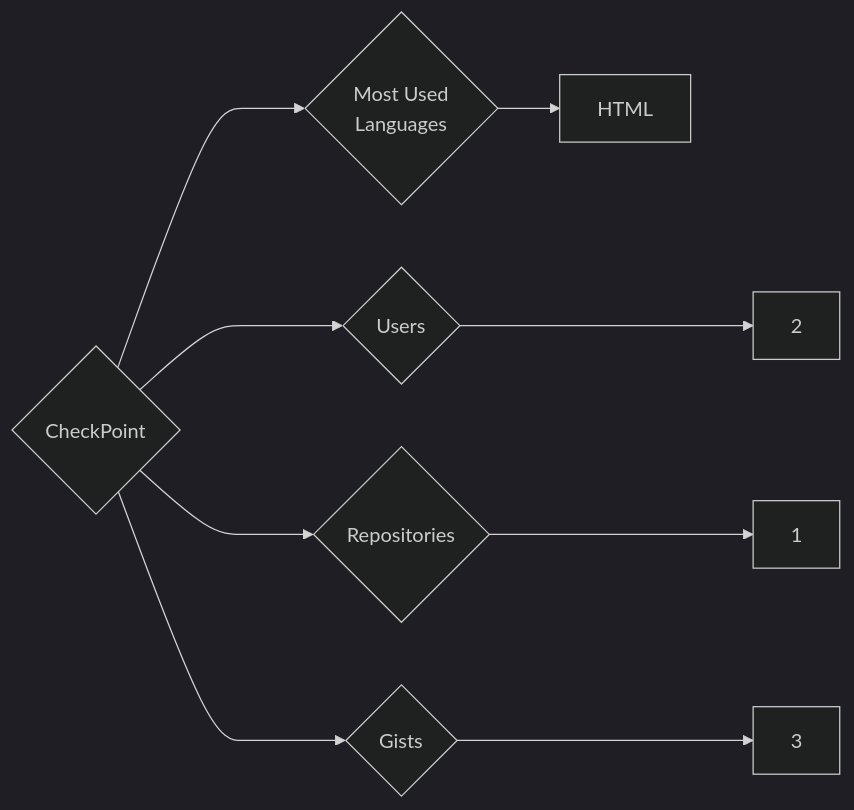
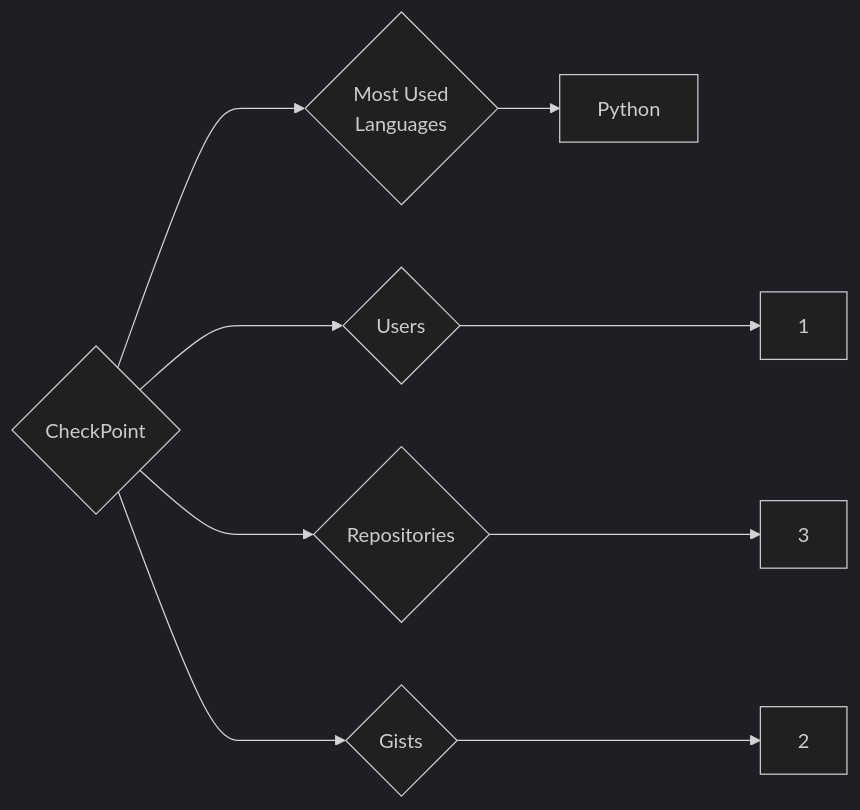
Before and after one commit to trickest/insiders: the diagram in targets/CheckPoint/README.md, drawn with Mermaid (dark theme). The commit also changed 912 other files, not shown here.

````diff
--- a/targets/CheckPoint/README.md
+++ b/targets/CheckPoint/README.md
@@ -3,9 +3,9 @@
 ```mermaid
 graph LR
 COMPANY_NAME{CheckPoint}
-COMPANY_NAME ---> U{Users} ---> UN[2]
-COMPANY_NAME ---> R{Repositories} ---> RN[1]
-COMPANY_NAME ---> G{Gists} ---> GN[3]
+COMPANY_NAME ---> U{Users} ---> UN[1]
+COMPANY_NAME ---> R{Repositories} ---> RN[3]
+COMPANY_NAME ---> G{Gists} ---> GN[2]
 COMPANY_NAME ---> ML{Most Used<br>Languages}
-ML --> HTML[HTML]
+ML --> Python[Python]
 ```
````
